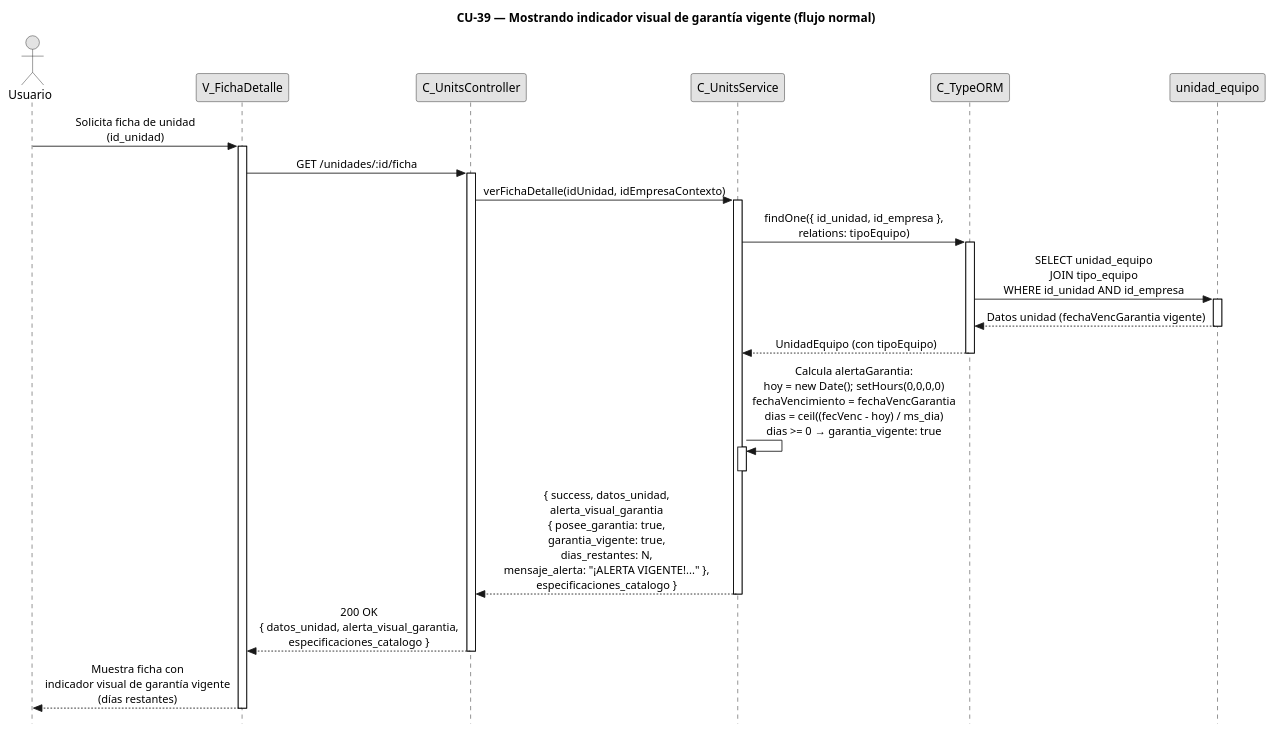
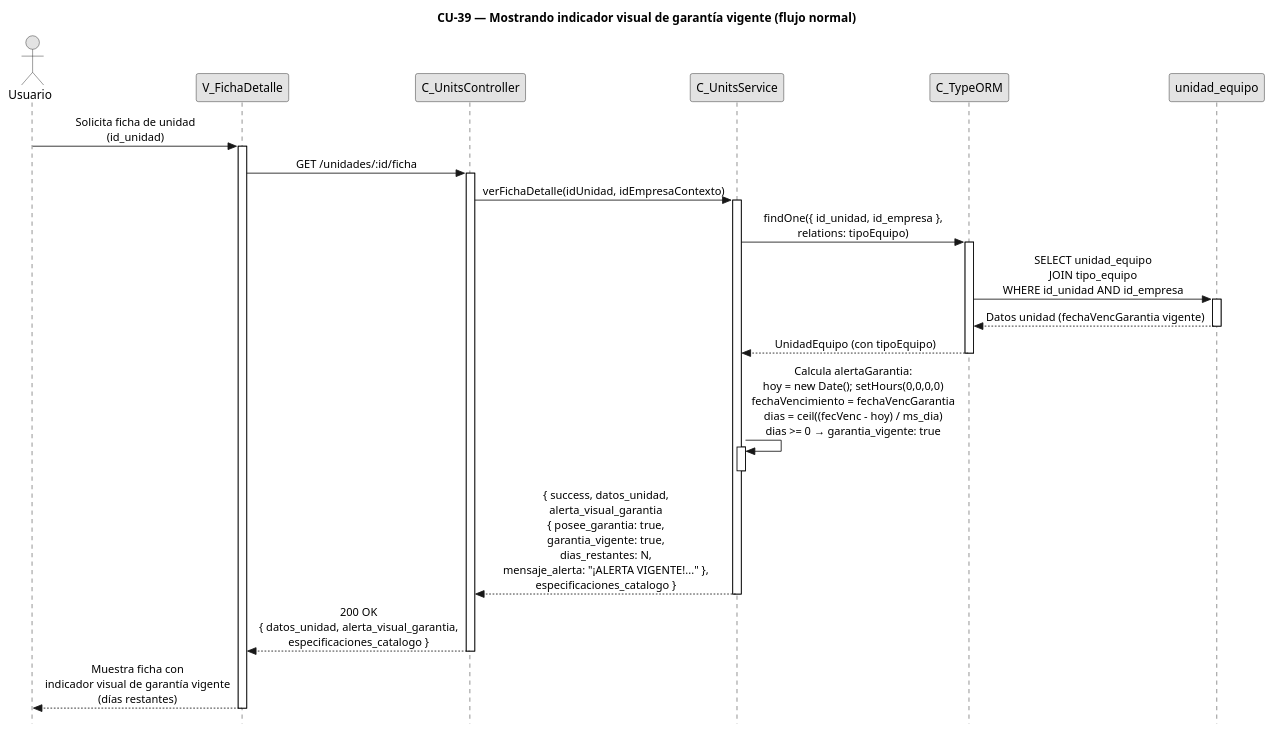
The diagram in diagramas/diagramas-secuencia/CU39/CU39-normal.puml (FSM-Finet-y-Cable-Magico/Team_1-Inventario-y-Bodega), drawn with PlantUML before and after one commit. The commit also changed 425 other files, not shown here.

First line of the commit message:
chore(diagramas): consolidar diagramas de secuencia corregidos como versión oficial

```diff
--- a/diagramas/diagramas-secuencia/CU39/CU39-normal.puml
+++ b/diagramas/diagramas-secuencia/CU39/CU39-normal.puml
@@ -1,56 +1,56 @@
 @startuml CU39-normal
 title CU-39 — Mostrando indicador visual de garantía vigente (flujo normal)
 
 skinparam style strictuml
 skinparam monochrome true
 skinparam shadowing false
 skinparam sequenceMessageAlign center
-skinparam ParticipantPadding 70
-skinparam ActorPadding 30
+skinparam ParticipantPadding 25
+skinparam ActorPadding 20
 skinparam sequence {
   MessageAlign center
   LifeLineBorderColor black
 }
 hide footbox
 
 actor "Usuario" as user
 participant "V_FichaDetalle" as view
 participant "C_UnitsController" as ctrl
 participant "C_UnitsService" as svc
 participant "C_TypeORM" as orm
 participant "unidad_equipo" as uent
 
 user -> view : Solicita ficha de unidad\n(id_unidad)
 activate view
 
 view -> ctrl : GET /unidades/:id/ficha
 activate ctrl
 
 ctrl -> svc : verFichaDetalle(idUnidad, idEmpresaContexto)
 activate svc
 
 svc -> orm : findOne({ id_unidad, id_empresa },\nrelations: tipoEquipo)
 activate orm
 
 orm -> uent : SELECT unidad_equipo\nJOIN tipo_equipo\nWHERE id_unidad AND id_empresa
 activate uent
 uent --> orm : Datos unidad (fechaVencGarantia vigente)
 deactivate uent
 
 orm --> svc : UnidadEquipo (con tipoEquipo)
 deactivate orm
 
 svc -> svc : Calcula alertaGarantia:\nhoy = new Date(); setHours(0,0,0,0)\nfechaVencimiento = fechaVencGarantia\ndias = ceil((fecVenc - hoy) / ms_dia)\ndias >= 0 → garantia_vigente: true
 activate svc
 deactivate svc
 
 svc --> ctrl : { success, datos_unidad,\nalerta_visual_garantia\n{ posee_garantia: true,\ngarantia_vigente: true,\ndias_restantes: N,\nmensaje_alerta: "¡ALERTA VIGENTE!..." },\nespecificaciones_catalogo }
 deactivate svc
 
 ctrl --> view : 200 OK\n{ datos_unidad, alerta_visual_garantia,\nespecificaciones_catalogo }
 deactivate ctrl
 
 view --> user : Muestra ficha con\nindicador visual de garantía vigente\n(días restantes)
 deactivate view
 
 @enduml
```
